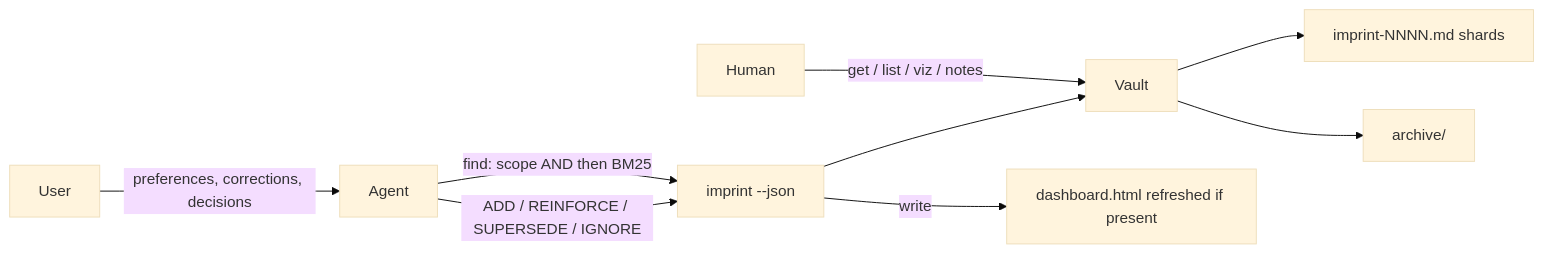
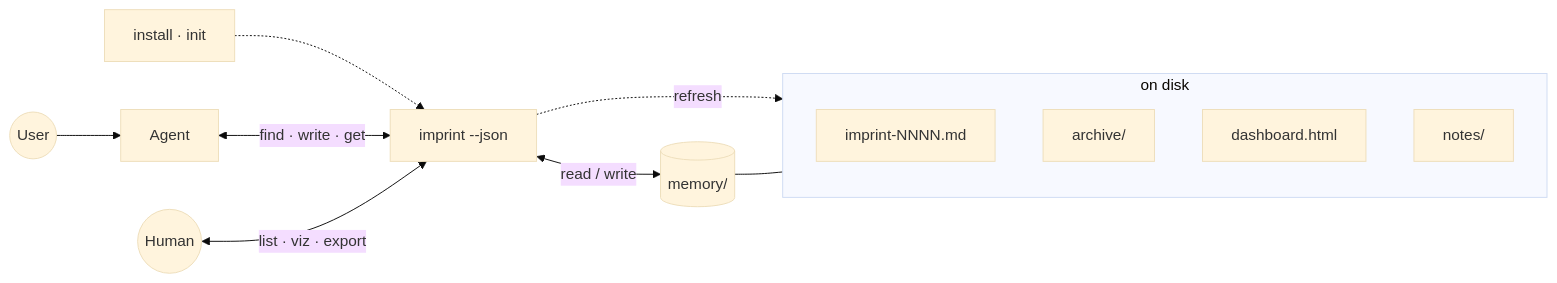
The first of 2 diagrams in README.md (SteamedBread2333/imprint), drawn with Mermaid (base theme) before and after one commit. The commit also changed other lines of this file and 4 other files, not shown here.

````diff
--- a/README.md
+++ b/README.md
@@ -22,11 +22,24 @@
 ```mermaid
 flowchart LR
-  U[User] -->|preferences, corrections, decisions| A[Agent]
-  A -->|ADD / REINFORCE / SUPERSEDE / IGNORE| C["imprint --json"]
-  C --> V[Vault]
-  V --> S["imprint-NNNN.md shards"]
-  V --> X[archive/]
-  A -->|find: scope AND then BM25| C
-  H[Human] -->|get / list / viz / notes| V
-  C -->|write| D["dashboard.html refreshed if present"]
+  Setup["install · init"] -.-> CLI
+
+  User((User)) --> Agent[Agent]
+  Human((Human))
+
+  Agent <-->|find · write · get| CLI["imprint --json"]
+  Human <-->|list · viz · export| CLI
+
+  CLI <-->|read / write| Vault[(memory/)]
+
+  Vault --- Disk
+
+  subgraph Disk["on disk"]
+    direction TB
+    Shards[imprint-NNNN.md]
+    Archive[archive/]
+    Dash[dashboard.html]
+    Notes[notes/]
+  end
+
+  CLI -.->|refresh| Dash
 ```
````
